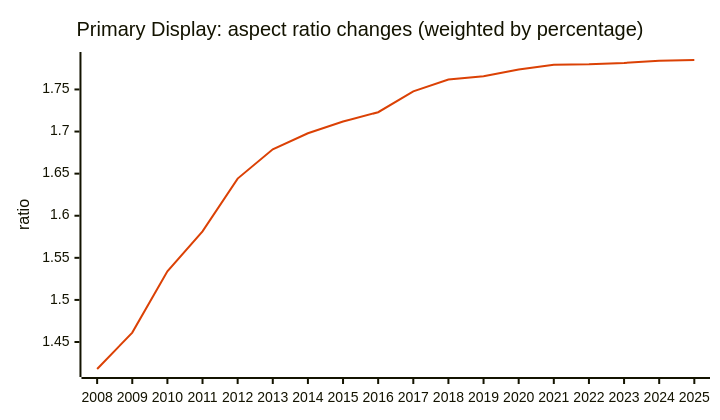
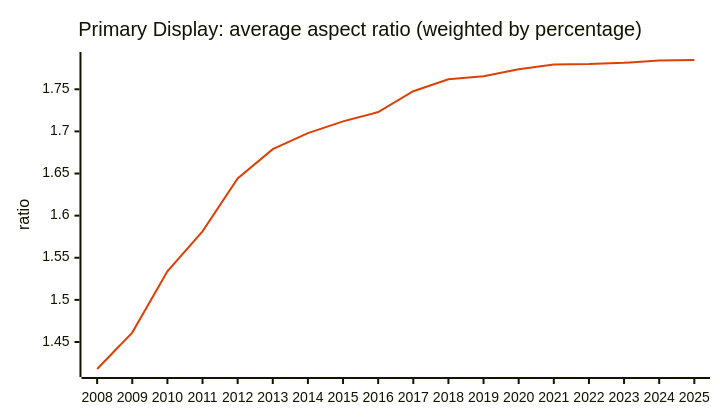
Before and after one commit to jdegene/steamHWsurvey: diagram 11 of 16 in README.md, drawn with Mermaid. The commit also changed other lines of this file and 1 other file, not shown here.

Commit message:
added other platform aspect ratio graphs

````diff
--- a/README.md
+++ b/README.md
@@ -356,19 +368,19 @@
 ```mermaid
 ---
 config:
     xyChart:
         width: 700
         height: 400
         
     themeVariables:
         xyChart:
             plotColorPalette: "#DB4105"
 
 --- 
 
 xychart-beta
-    title "Primary Display: aspect ratio changes (weighted by percentage)"
+    title "Primary Display: average aspect ratio (weighted by percentage)"
     x-axis [2008, 2009, 2010, 2011, 2012, 2013, 2014, 2015, 2016, 2017, 2018, 2019, 2020, 2021, 2022, 2023, 2024, 2025]
     y-axis "ratio" 
-    line [1.417941306228879, 1.4611567835141763, 1.533974920001756, 1.5813610553330728, 1.6441197983994256, 1.6789673069298932, 1.6979525680775114, 1.7118873828122096, 1.7229454013771042, 1.7476951638068883, 1.7618596685661352, 1.765595772113996, 1.7737831941811184, 1.7794489740395185, 1.7798889098601134, 1.7814503174534728, 1.784019854809584, 1.7849837780465507]
+    line [1.417941306228879, 1.4611567835141763, 1.533974920001756, 1.5813610553330728, 1.6441197983994256, 1.6789673069298932, 1.6979525680775114, 1.7118873828122096, 1.7229454013771042, 1.7476951638068883, 1.7618596685661352, 1.765595772113996, 1.7737831941811184, 1.7794489740395185, 1.7798889098601134, 1.7814503174534728, 1.784019854809584, 1.7847479489183693]
 ``` 
````
